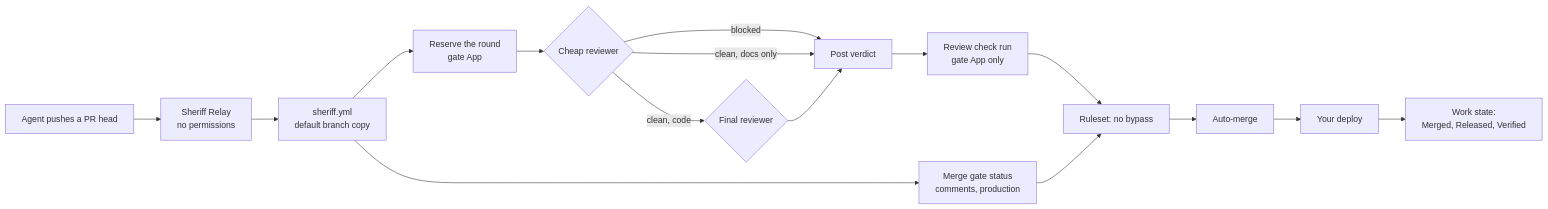
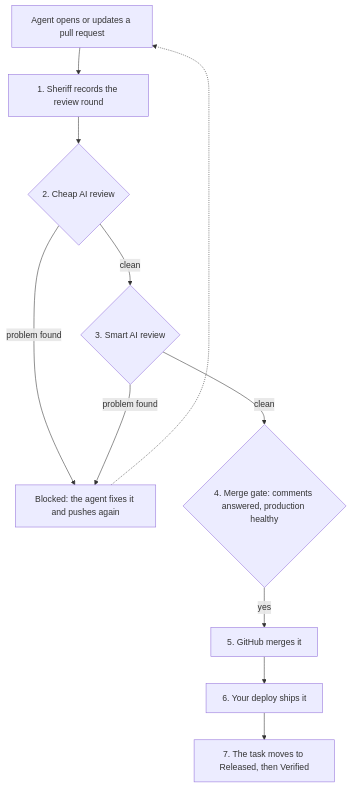
One commit to nick-the-dev/gh-sheriff changed the diagram in README.md. Above: the diagram before and after it, drawn with Mermaid. The commit also changed other lines of this file, not shown here.

Commit message:
docs: a readable how-it-works diagram

````diff
--- a/README.md
+++ b/README.md
@@ -58,17 +58,13 @@
 ```mermaid
-flowchart LR
-    A[Agent pushes a PR head] --> R[Sheriff Relay<br/>no permissions]
-    R --> S[sheriff.yml<br/>default branch copy]
-    S --> RES[Reserve the round<br/>gate App]
-    RES --> C{Cheap reviewer}
-    C -- blocked --> P[Post verdict]
-    C -- clean, code --> F{Final reviewer}
-    C -- clean, docs only --> P
-    F --> P
-    P --> CHK[Review check run<br/>gate App only]
-    S --> G[Merge gate status<br/>comments, production]
-    CHK --> RS[Ruleset: no bypass]
-    G --> RS
-    RS --> M[Auto-merge]
-    M --> D[Your deploy] --> W[Work state:<br/>Merged, Released, Verified]
+flowchart TD
+    A[Agent opens or updates a pull request] --> B[1. Sheriff records the review round]
+    B --> C{2. Cheap AI review}
+    C -->|problem found| X[Blocked: the agent fixes it and pushes again]
+    C -->|clean| D{3. Smart AI review}
+    D -->|problem found| X
+    X -.-> A
+    D -->|clean| E{4. Merge gate: comments answered, production healthy}
+    E -->|yes| F[5. GitHub merges it]
+    F --> G[6. Your deploy ships it]
+    G --> H[7. The task moves to Released, then Verified]
 ```
````
